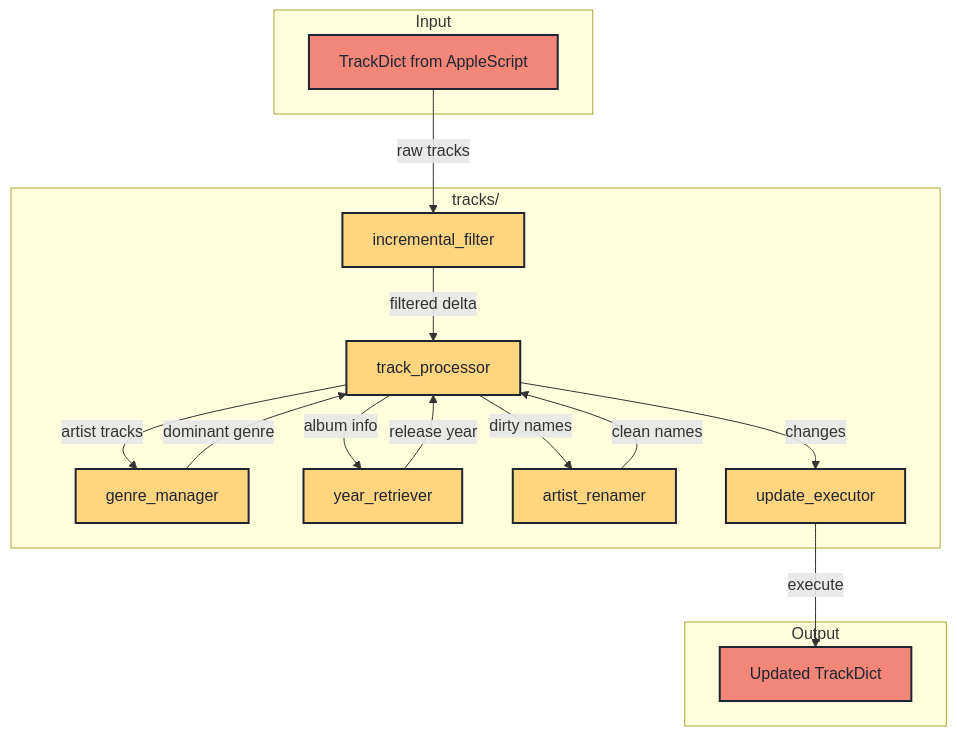
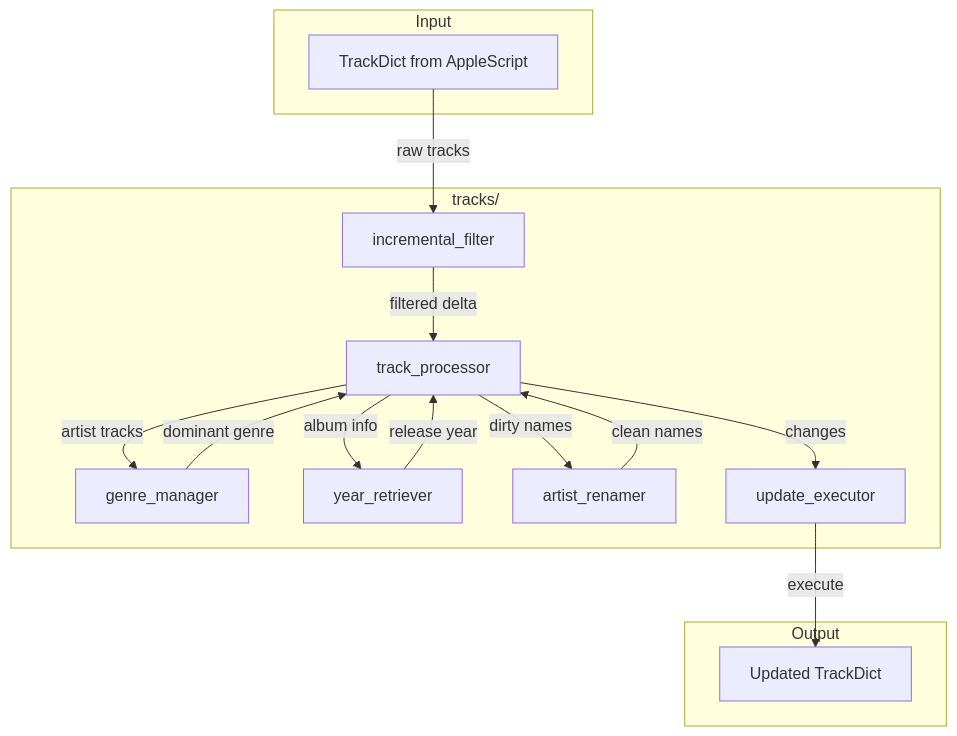
One commit to barad1tos/GenreUpdater changed the sixth of 8 diagrams in docs/architecture/overview.md. Above: the diagram before and after it, drawn with Mermaid. The commit also changed other lines of this file and 2 other files, not shown here.

First line of the commit message:
fix(docs): let Material theme Mermaid natively

````diff
--- a/docs/architecture/overview.md
+++ b/docs/architecture/overview.md
@@ -179,34 +161,30 @@
 ```mermaid
 graph TB
     subgraph Input["Input"]
         IN[TrackDict from AppleScript]
     end
 
     subgraph Processing["tracks/"]
         TP[track_processor]
         GM[genre_manager]
         YR[year_retriever]
         AR[artist_renamer]
         IF[incremental_filter]
         UE[update_executor]
     end
 
     subgraph Output["Output"]
         OUT[Updated TrackDict]
     end
 
     IN -->|raw tracks| IF
     IF -->|filtered delta| TP
     TP -->|artist tracks| GM
     GM -->|dominant genre| TP
     TP -->|album info| YR
     YR -->|release year| TP
     TP -->|dirty names| AR
     AR -->|clean names| TP
     TP -->|changes| UE
     UE -->|execute| OUT
-    classDef io fill:#F28779, stroke:#1F2430, stroke-width:2px, color:#1F2430
-    classDef proc fill:#FFD580, stroke:#1F2430, stroke-width:2px, color:#1F2430
-    class IN,OUT io
-    class TP,GM,YR,AR,IF,UE proc
 ```
````
